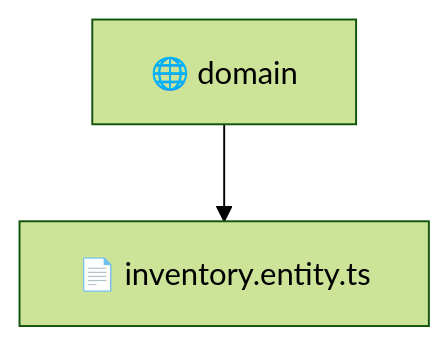
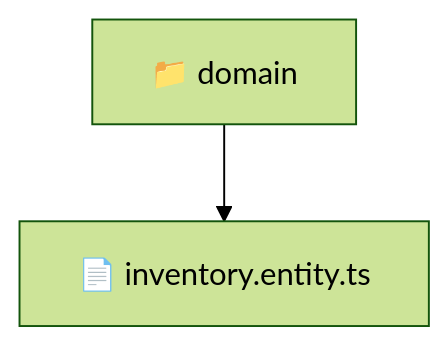
The diagram in backend/src/modules/inventory/domain/README.md (beginwebdev2002/fullstack-mavluda), drawn with Mermaid (forest theme) before and after one commit. The commit also changed other lines of this file and 159 other files, not shown here.

````diff
--- a/backend/src/modules/inventory/domain/README.md
+++ b/backend/src/modules/inventory/domain/README.md
@@ -11,5 +9,5 @@
 ```mermaid
 graph TD
-  domain["🌐 domain"]
-  domain --> domain_inventory_entity_ts["📄 inventory.entity.ts"]
+  Root["📁 domain"]
+  Root --> inventory_entity_ts["📄 inventory.entity.ts"]
 ```
````
